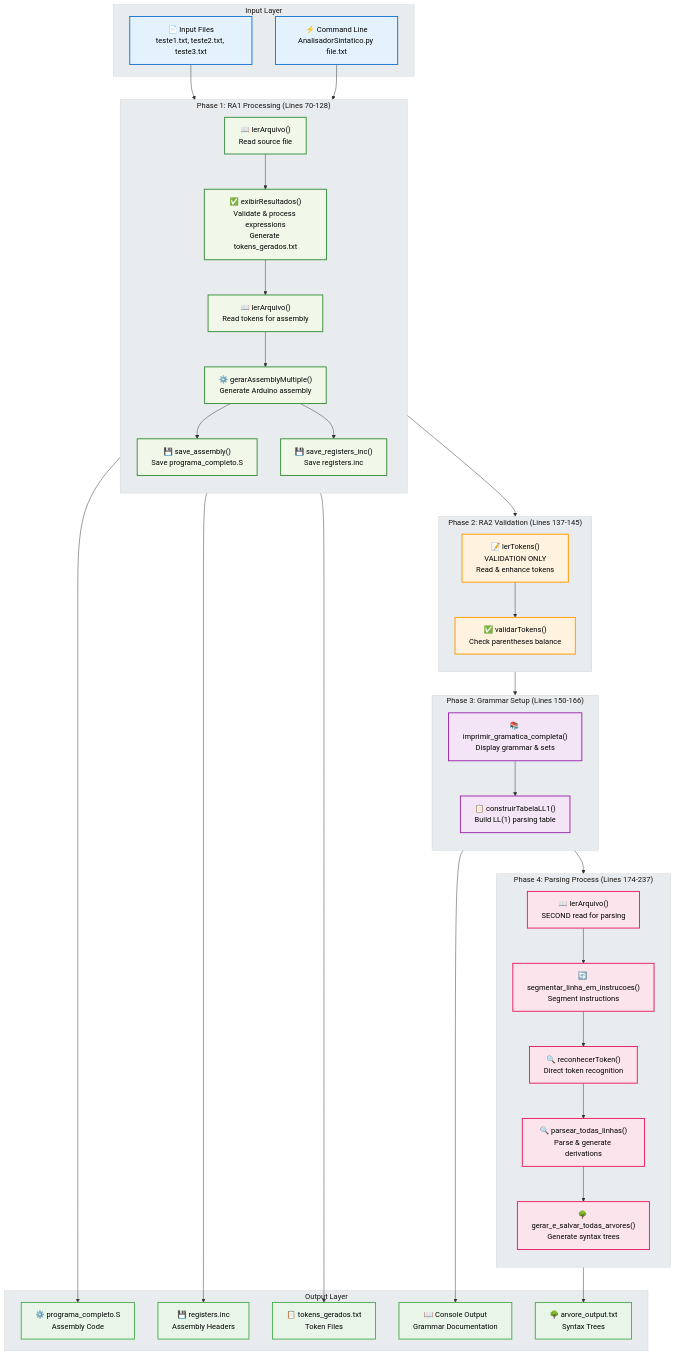
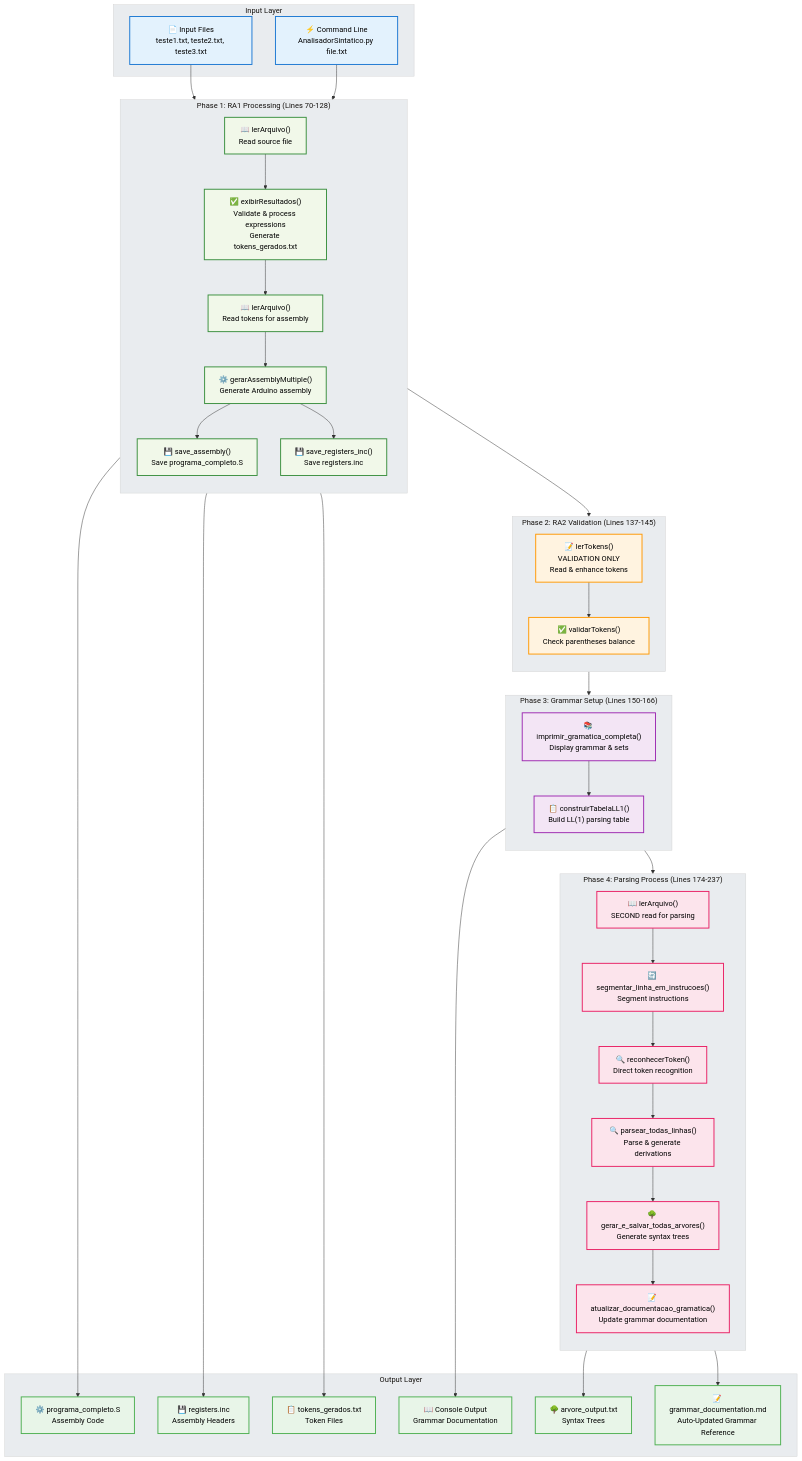
The first of 6 diagrams in flowcharts/RA2/RA2_Architecture_Overview.md (waifuisalie/RA2_1), drawn with Mermaid before and after one commit. The commit also changed other lines of this file and 2 other files, not shown here.

Commit message:
updating the flowcharts with the new function that updates the grammar_documentation.md

````diff
--- a/flowcharts/RA2/RA2_Architecture_Overview.md
+++ b/flowcharts/RA2/RA2_Architecture_Overview.md
@@ -48,6 +48,7 @@
         E3["🔍 reconhecerToken()<br/>Direct token recognition"]
         E4["🔍 parsear_todas_linhas()<br/>Parse & generate derivations"]
         E5["🌳 gerar_e_salvar_todas_arvores()<br/>Generate syntax trees"]
+        E6["📝 atualizar_documentacao_gramatica()<br/>Update grammar documentation"]
     end
 
     %% Output Layer
@@ -57,6 +58,7 @@
         F3["💾 registers.inc<br/>Assembly Headers"]
         F4["📋 tokens_gerados.txt<br/>Token Files"]
         F5["📖 Console Output<br/>Grammar Documentation"]
+        F6["📝 grammar_documentation.md<br/>Auto-Updated Grammar Reference"]
     end
 
     %% Sequential flow
@@ -78,9 +80,11 @@
     E2 --> E3
     E3 --> E4
     E4 --> E5
+    E5 --> E6
 
     %% Output connections
     E5 --> F1
+    E6 --> F6
     B5 --> F2
     B6 --> F3
     B2 --> F4
@@ -98,6 +102,6 @@
     class B1,B2,B3,B4,B5,B6 ra1Style
     class C1,C2 validationStyle
     class D1,D2 grammarStyle
-    class E1,E2,E3,E4,E5 parseStyle
-    class F1,F2,F3,F4,F5 outputStyle
+    class E1,E2,E3,E4,E5,E6 parseStyle
+    class F1,F2,F3,F4,F5,F6 outputStyle
 ```
````
